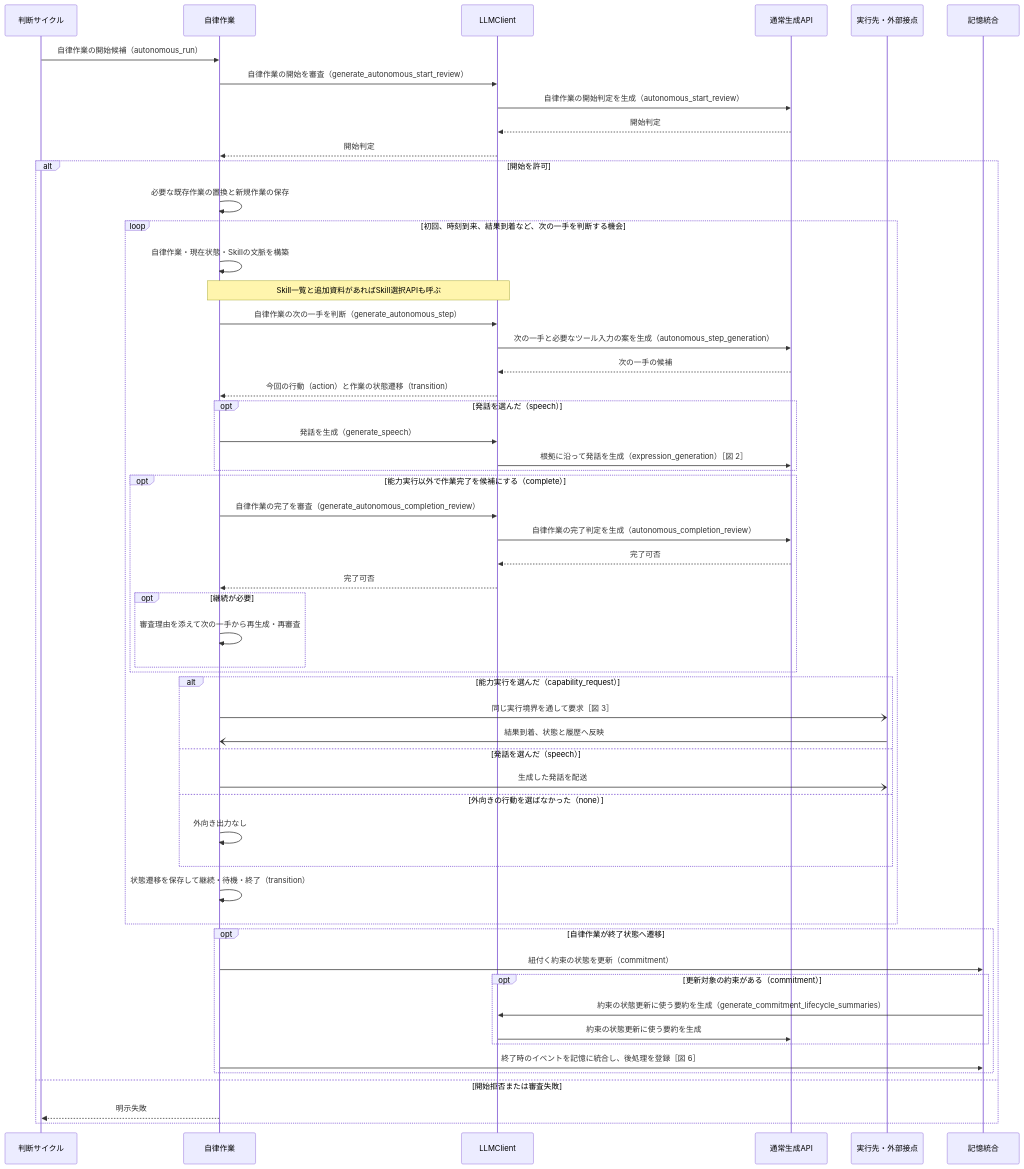
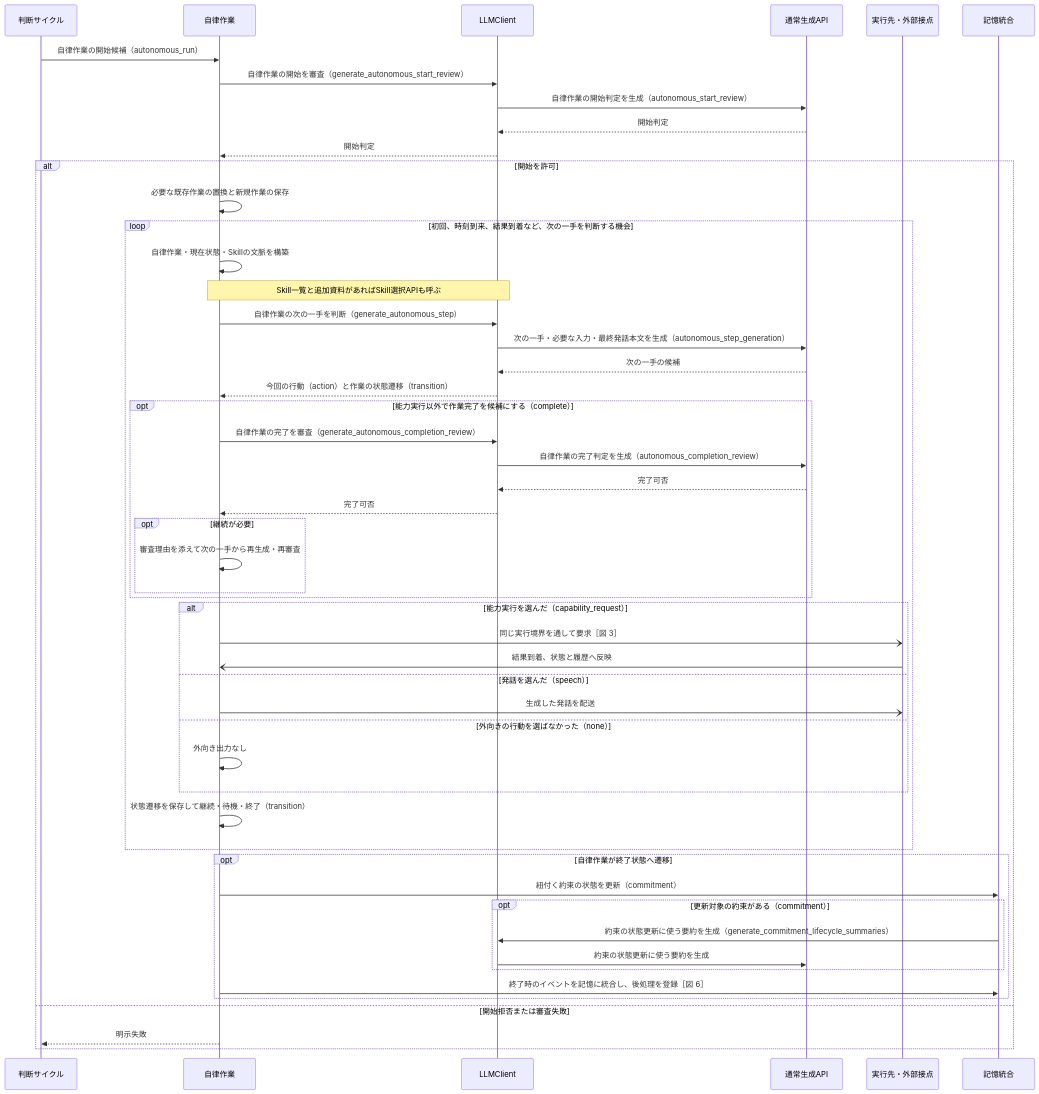
One commit to hirona98/OtomeKairo changed the fifth of 7 diagrams in docs/design/llm/LLM呼び出しシーケンス.md. Above: the diagram before and after it, drawn with Mermaid. The commit also changed other lines of this file and 33 other files, not shown here.

````diff
--- a/docs/design/llm/LLM呼び出しシーケンス.md
+++ b/docs/design/llm/LLM呼び出しシーケンス.md
@@ -301,58 +300,54 @@
 ```mermaid
 sequenceDiagram
     participant C as 判断サイクル
     participant A as 自律作業
     participant L as LLMClient
     participant G as 通常生成API
     participant X as 実行先・外部接点
     participant M as 記憶統合
 
     C->>A: 自律作業の開始候補（autonomous_run）
     A->>L: 自律作業の開始を審査（generate_autonomous_start_review）
     L->>G: 自律作業の開始判定を生成（autonomous_start_review）
     G-->>L: 開始判定
     L-->>A: 開始判定
     alt 開始を許可
         A->>A: 必要な既存作業の置換と新規作業の保存
         loop 初回、時刻到来、結果到着など、次の一手を判断する機会
             A->>A: 自律作業・現在状態・Skillの文脈を構築
             Note over A,L: Skill一覧と追加資料があればSkill選択APIも呼ぶ
             A->>L: 自律作業の次の一手を判断（generate_autonomous_step）
-            L->>G: 次の一手と必要なツール入力の案を生成（autonomous_step_generation）
+            L->>G: 次の一手・必要な入力・最終発話本文を生成（autonomous_step_generation）
             G-->>L: 次の一手の候補
             L-->>A: 今回の行動（action）と作業の状態遷移（transition）
-            opt 発話を選んだ（speech）
-                A->>L: 発話を生成（generate_speech）
-                L->>G: 根拠に沿って発話を生成（expression_generation）［図 2］
-            end
             opt 能力実行以外で作業完了を候補にする（complete）
                 A->>L: 自律作業の完了を審査（generate_autonomous_completion_review）
                 L->>G: 自律作業の完了判定を生成（autonomous_completion_review）
                 G-->>L: 完了可否
                 L-->>A: 完了可否
                 opt 継続が必要
                     A->>A: 審査理由を添えて次の一手から再生成・再審査
                 end
             end
             alt 能力実行を選んだ（capability_request）
                 A-)X: 同じ実行境界を通して要求［図 3］
                 X-)A: 結果到着、状態と履歴へ反映
             else 発話を選んだ（speech）
                 A-)X: 生成した発話を配送
             else 外向きの行動を選ばなかった（none）
                 A->>A: 外向き出力なし
             end
             A->>A: 状態遷移を保存して継続・待機・終了（transition）
         end
         opt 自律作業が終了状態へ遷移
             A->>M: 紐付く約束の状態を更新（commitment）
             opt 更新対象の約束がある（commitment）
                 M->>L: 約束の状態更新に使う要約を生成（generate_commitment_lifecycle_summaries）
                 L->>G: 約束の状態更新に使う要約を生成
             end
             A->>M: 終了時のイベントを記憶に統合し、後処理を登録［図 6］
         end
     else 開始拒否または審査失敗
         A-->>C: 明示失敗
     end
 ```
````
